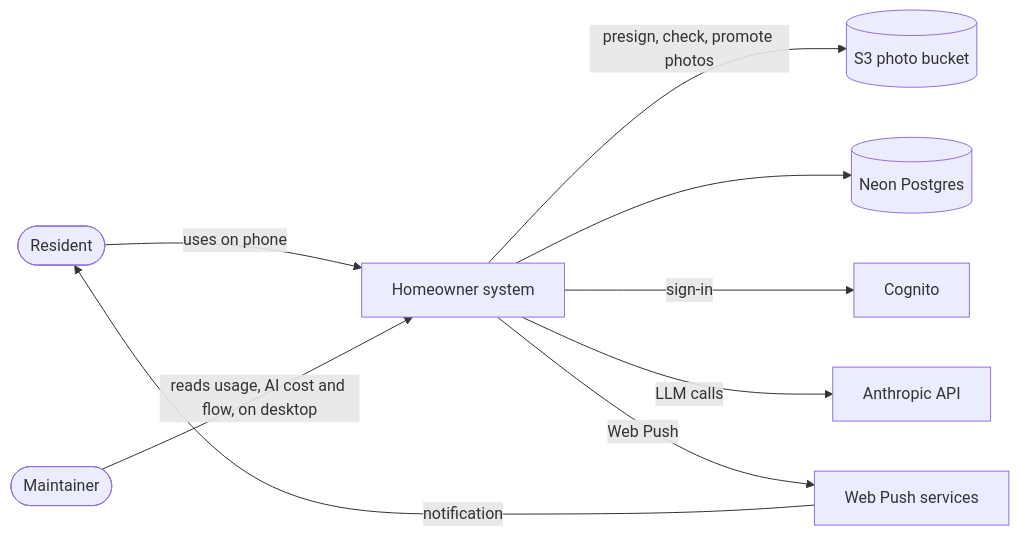
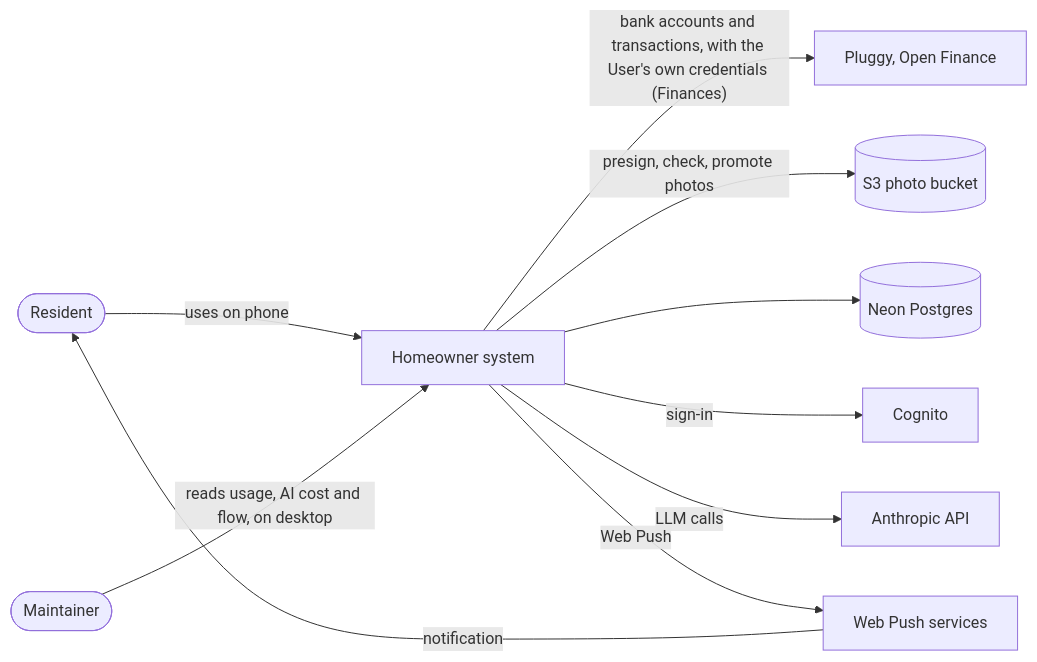
The first of 2 diagrams in docs/architecture/system-context.md (AbnerWillclefy/Homeowner), drawn with Mermaid before and after one commit. The commit also changed other lines of this file and 3 other files, not shown here.

Commit message:
docs(finance): describe the pluggy client, routes and tables

````diff
--- a/docs/architecture/system-context.md
+++ b/docs/architecture/system-context.md
@@ -9,20 +9,22 @@
 ```mermaid
 flowchart LR
     R([Resident])
     MT([Maintainer])
     S[Homeowner system]
     N[(Neon Postgres)]
     C[Cognito]
     A[Anthropic API]
     P[Web Push services]
     B[(S3 photo bucket)]
+    PL[Pluggy, Open Finance]
 
     R -->|uses on phone| S
+    S -->|"bank accounts and transactions, with the User's own credentials (Finances)"| PL
     MT -->|"reads usage, AI cost and flow, on desktop"| S
     S -->|presign, check, promote photos| B
     S --> N
     S -->|sign-in| C
     S -->|LLM calls| A
     S -->|Web Push| P
     P -->|notification| R
 ```
````
